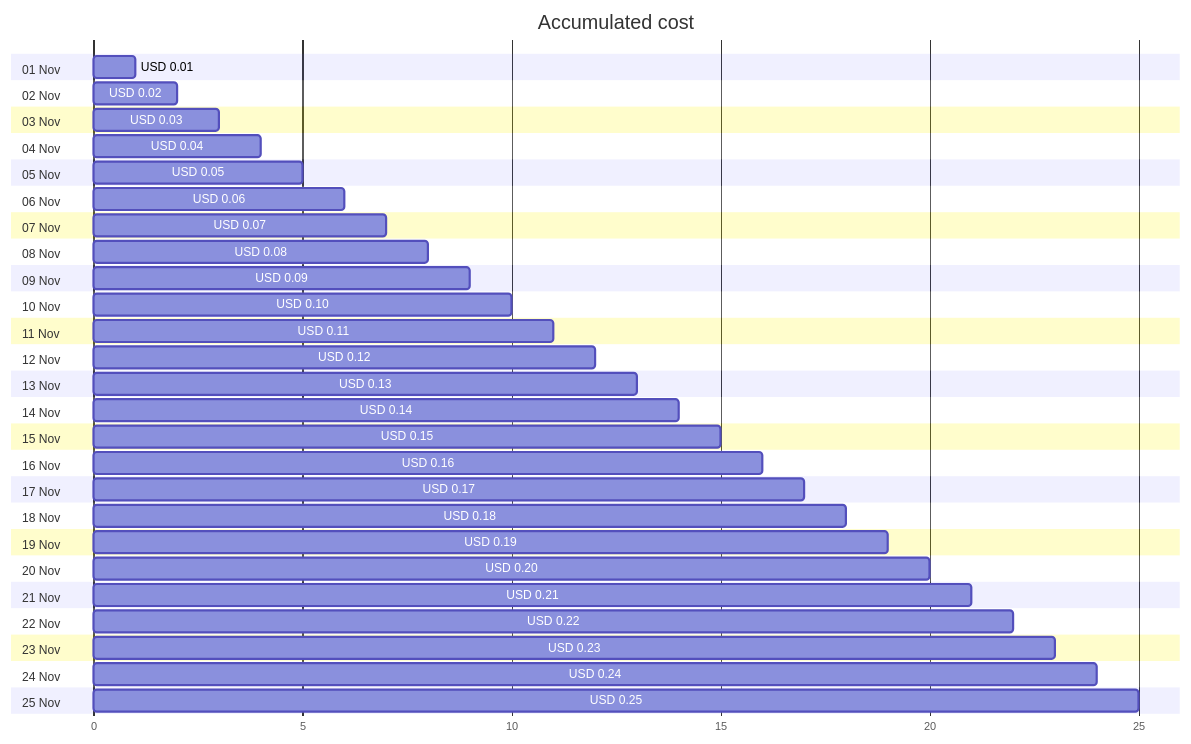
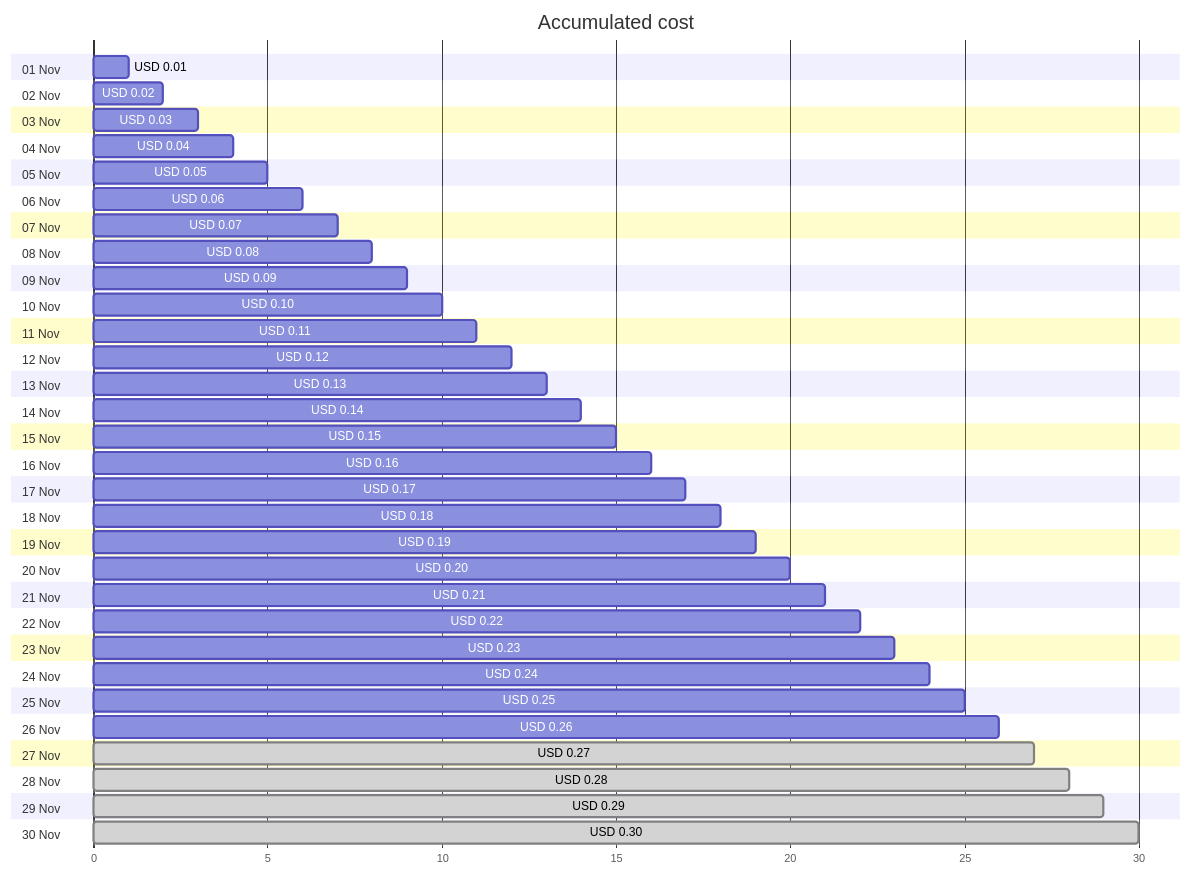
The first of 4 diagrams in cost-reports/cloud-shell-storage-eastus/cs2100300008c8d894b.md (jpfulton/azure-personal-reports), drawn with Mermaid before and after one commit. The commit also changed other lines of this file and 1 other file, not shown here.

````diff
--- a/cost-reports/cloud-shell-storage-eastus/cs2100300008c8d894b.md
+++ b/cost-reports/cloud-shell-storage-eastus/cs2100300008c8d894b.md
@@ -20,56 +20,66 @@
 ```mermaid
 gantt
    title Accumulated cost
    dateFormat  X
    axisFormat %s
    section 01 Nov
    USD 0.01 :0, 1
    section 02 Nov
    USD 0.02 :0, 2
    section 03 Nov
    USD 0.03 :0, 3
    section 04 Nov
    USD 0.04 :0, 4
    section 05 Nov
    USD 0.05 :0, 5
    section 06 Nov
    USD 0.06 :0, 6
    section 07 Nov
    USD 0.07 :0, 7
    section 08 Nov
    USD 0.08 :0, 8
    section 09 Nov
    USD 0.09 :0, 9
    section 10 Nov
    USD 0.10 :0, 10
    section 11 Nov
    USD 0.11 :0, 11
    section 12 Nov
    USD 0.12 :0, 12
    section 13 Nov
    USD 0.13 :0, 13
    section 14 Nov
    USD 0.14 :0, 14
    section 15 Nov
    USD 0.15 :0, 15
    section 16 Nov
    USD 0.16 :0, 16
    section 17 Nov
    USD 0.17 :0, 17
    section 18 Nov
    USD 0.18 :0, 18
    section 19 Nov
    USD 0.19 :0, 19
    section 20 Nov
    USD 0.20 :0, 20
    section 21 Nov
    USD 0.21 :0, 21
    section 22 Nov
    USD 0.22 :0, 22
    section 23 Nov
    USD 0.23 :0, 23
    section 24 Nov
    USD 0.24 :0, 24
    section 25 Nov
    USD 0.25 :0, 25
+   section 26 Nov
+   USD 0.26 :0, 26
+   section 27 Nov
+   USD 0.27 : done, 0, 27
+   section 28 Nov
+   USD 0.28 : done, 0, 28
+   section 29 Nov
+   USD 0.29 : done, 0, 29
+   section 30 Nov
+   USD 0.30 : done, 0, 30
 ```
````
